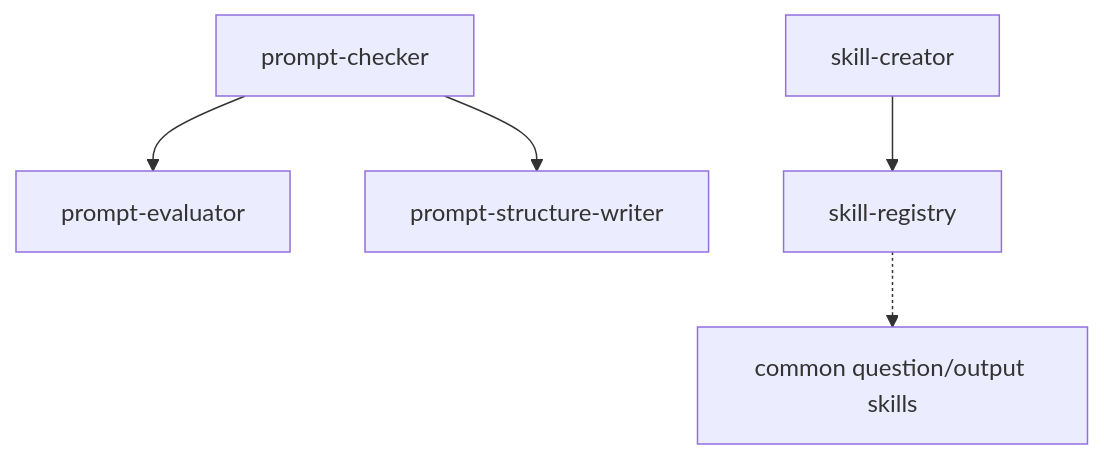
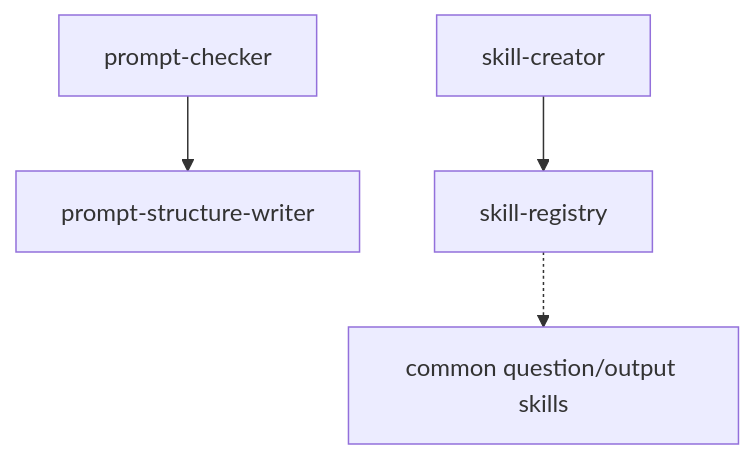
The diagram in domains/meta/README.md (andresnator/agents-orchestrator), drawn with Mermaid before and after one commit. The commit also changed other lines of this file and 10 other files, not shown here.

````diff
--- a/domains/meta/README.md
+++ b/domains/meta/README.md
@@ -9,7 +9,6 @@
 ```mermaid
 graph TD
-  prompt[prompt-checker] --> evaluator[prompt-evaluator]
-  prompt --> writer[prompt-structure-writer]
+  prompt[prompt-checker] --> writer[prompt-structure-writer]
   creator[skill-creator] --> registry[skill-registry]
   registry -.-> common[common question/output skills]
 ```
````
